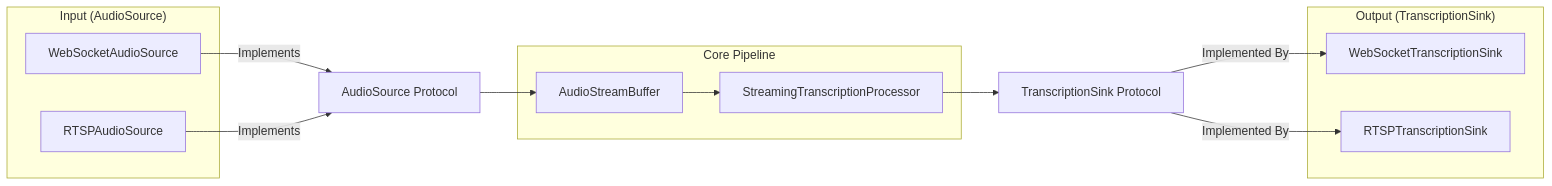
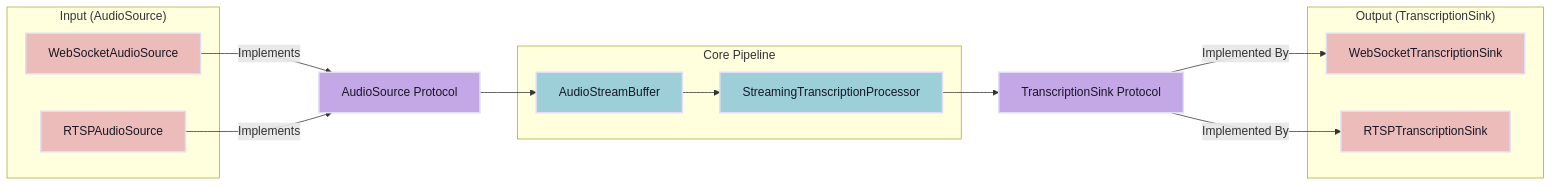
Before and after one commit to shyndman/lmnop-eavesdrop: the second of 6 diagrams in ARCHITECTURE.md, drawn with Mermaid. The commit also changed other lines of this file, not shown here.

Commit message:
Update coloring used in Mermaid diagram

````diff
--- a/ARCHITECTURE.md
+++ b/ARCHITECTURE.md
@@ -87,27 +98,40 @@
 ```mermaid
 graph LR
     subgraph "Input (AudioSource)"
         WebSocketAudioSource[WebSocketAudioSource]
         RTSPAudioSource[RTSPAudioSource]
     end
 
     subgraph "Core Pipeline"
         AudioStreamBuffer
         StreamingTranscriptionProcessor
     end
 
     subgraph "Output (TranscriptionSink)"
         WebSocketTranscriptionSink[WebSocketTranscriptionSink]
         RTSPTranscriptionSink[RTSPTranscriptionSink]
     end
 
     WebSocketAudioSource -- Implements --> AudioSource[AudioSource Protocol]
     RTSPAudioSource -- Implements --> AudioSource
 
     AudioSource --> AudioStreamBuffer --> StreamingTranscriptionProcessor
 
     StreamingTranscriptionProcessor --> TranscriptionSink[TranscriptionSink Protocol]
 
     TranscriptionSink -- Implemented By --> WebSocketTranscriptionSink
     TranscriptionSink -- Implemented By --> RTSPTranscriptionSink
+
+    %% Rose Pine color scheme
+    style WebSocketAudioSource fill:#ebbcba,stroke:#e0def4,stroke-width:2px,color:#191724
+    style RTSPAudioSource fill:#ebbcba,stroke:#e0def4,stroke-width:2px,color:#191724
+
+    style AudioStreamBuffer fill:#9ccfd8,stroke:#e0def4,stroke-width:2px,color:#191724
+    style StreamingTranscriptionProcessor fill:#9ccfd8,stroke:#e0def4,stroke-width:2px,color:#191724
+
+    style WebSocketTranscriptionSink fill:#ebbcba,stroke:#e0def4,stroke-width:2px,color:#191724
+    style RTSPTranscriptionSink fill:#ebbcba,stroke:#e0def4,stroke-width:2px,color:#191724
+
+    style AudioSource fill:#c4a7e7,stroke:#e0def4,stroke-width:2px,color:#191724
+    style TranscriptionSink fill:#c4a7e7,stroke:#e0def4,stroke-width:2px,color:#191724
 ```
````
